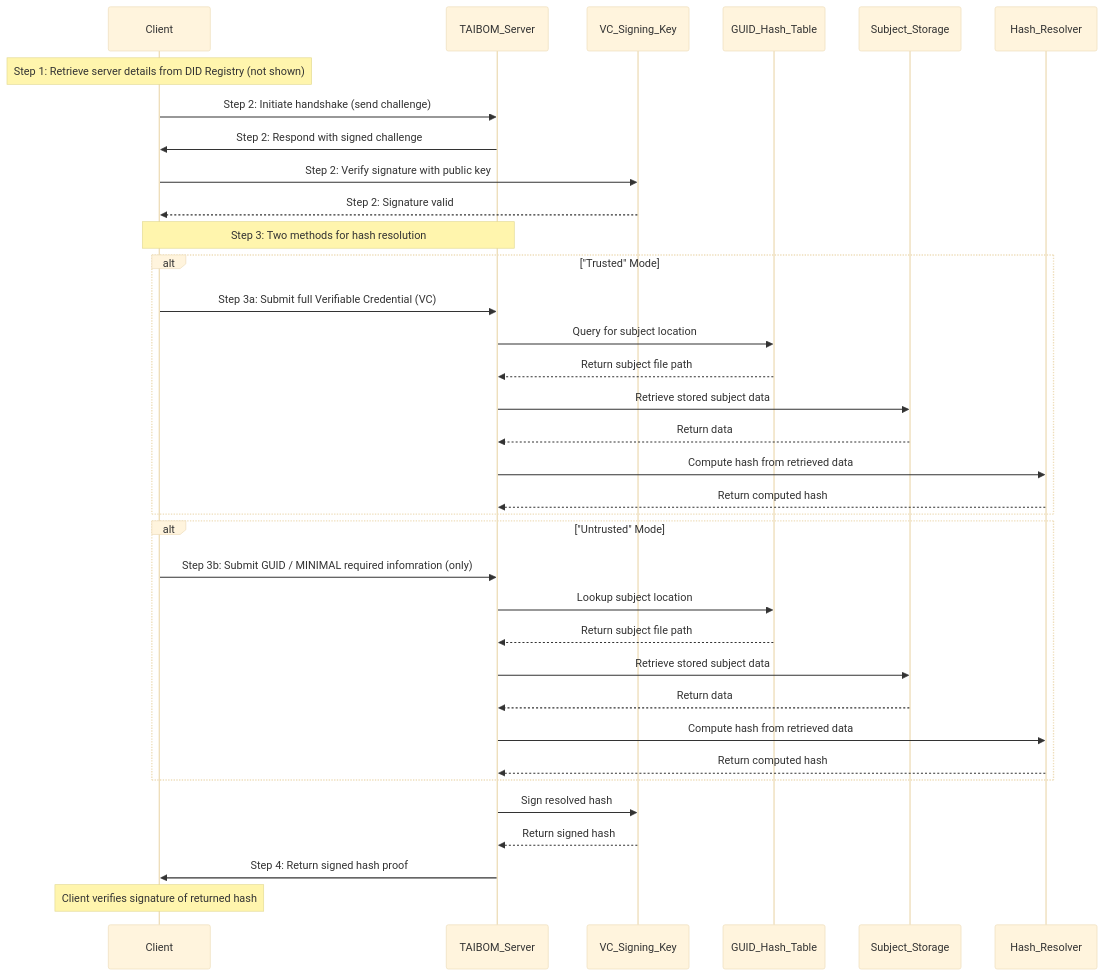
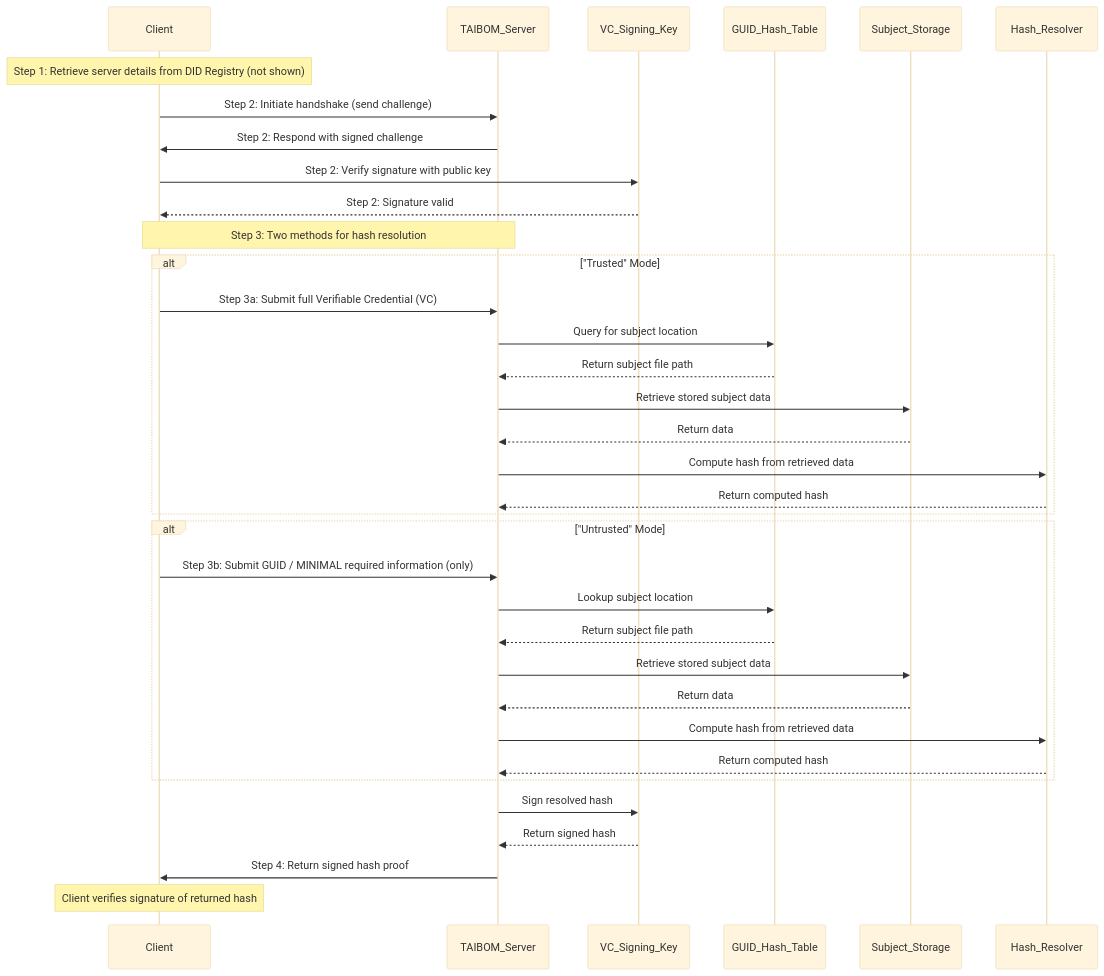
One commit to nqminds/Trusted-AI-BOM changed the second of 2 diagrams in packages/docusaurus/docs/working-docs/40-architecture/65-taibom-sdk-architecture/65-taibom-sdk-architecture.md. Above: the diagram before and after it, drawn with Mermaid (base theme).

Commit message:
[2025-04-01 11:00:22] Tony McCaigue: SDK Architecture

````diff
--- a/packages/docusaurus/docs/working-docs/40-architecture/65-taibom-sdk-architecture/65-taibom-sdk-architecture.md
+++ b/packages/docusaurus/docs/working-docs/40-architecture/65-taibom-sdk-architecture/65-taibom-sdk-architecture.md
@@ -59,46 +59,46 @@
 ```mermaid
 sequenceDiagram
     participant Client
     participant TAIBOM_Server
     participant VC_Signing_Key
     participant GUID_Hash_Table
     participant Subject_Storage
     participant Hash_Resolver
 
     Note over Client: Step 1: Retrieve server details from DID Registry (not shown)
     
     Client->>TAIBOM_Server: Step 2: Initiate handshake (send challenge)
     TAIBOM_Server->>Client: Step 2: Respond with signed challenge
     Client->>VC_Signing_Key: Step 2: Verify signature with public key
     VC_Signing_Key-->>Client: Step 2: Signature valid
     
     Note over Client,TAIBOM_Server: Step 3: Two methods for hash resolution
     
     alt "Trusted" Mode
         Client->>TAIBOM_Server: Step 3a: Submit full Verifiable Credential (VC)
         TAIBOM_Server->>GUID_Hash_Table: Query for subject location
         GUID_Hash_Table-->>TAIBOM_Server: Return subject file path
         TAIBOM_Server->>Subject_Storage: Retrieve stored subject data
         Subject_Storage-->>TAIBOM_Server: Return data
         TAIBOM_Server->>Hash_Resolver: Compute hash from retrieved data
         Hash_Resolver-->>TAIBOM_Server: Return computed hash
     end
     
     alt "Untrusted" Mode
-        Client->>TAIBOM_Server: Step 3b: Submit GUID / MINIMAL required infomration (only)
+        Client->>TAIBOM_Server: Step 3b: Submit GUID / MINIMAL required information (only)
         TAIBOM_Server->>GUID_Hash_Table: Lookup subject location
         GUID_Hash_Table-->>TAIBOM_Server: Return subject file path
         TAIBOM_Server->>Subject_Storage: Retrieve stored subject data
         Subject_Storage-->>TAIBOM_Server: Return data
         TAIBOM_Server->>Hash_Resolver: Compute hash from retrieved data
         Hash_Resolver-->>TAIBOM_Server: Return computed hash
     end
 
     TAIBOM_Server->>VC_Signing_Key: Sign resolved hash
     VC_Signing_Key-->>TAIBOM_Server: Return signed hash
     
     TAIBOM_Server->>Client: Step 4: Return signed hash proof
     
     Note over Client: Client verifies signature of returned hash
 
 ```
````
